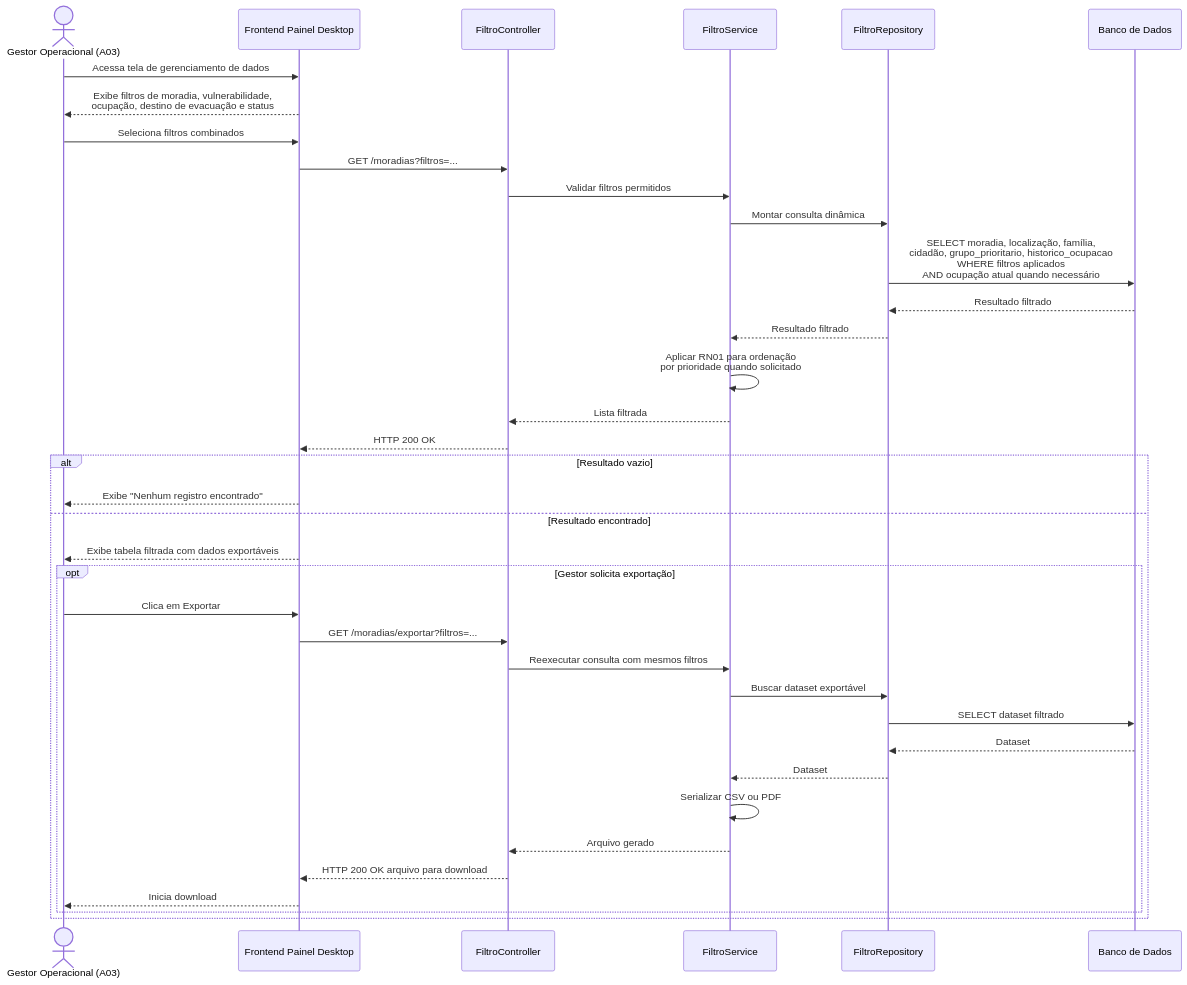
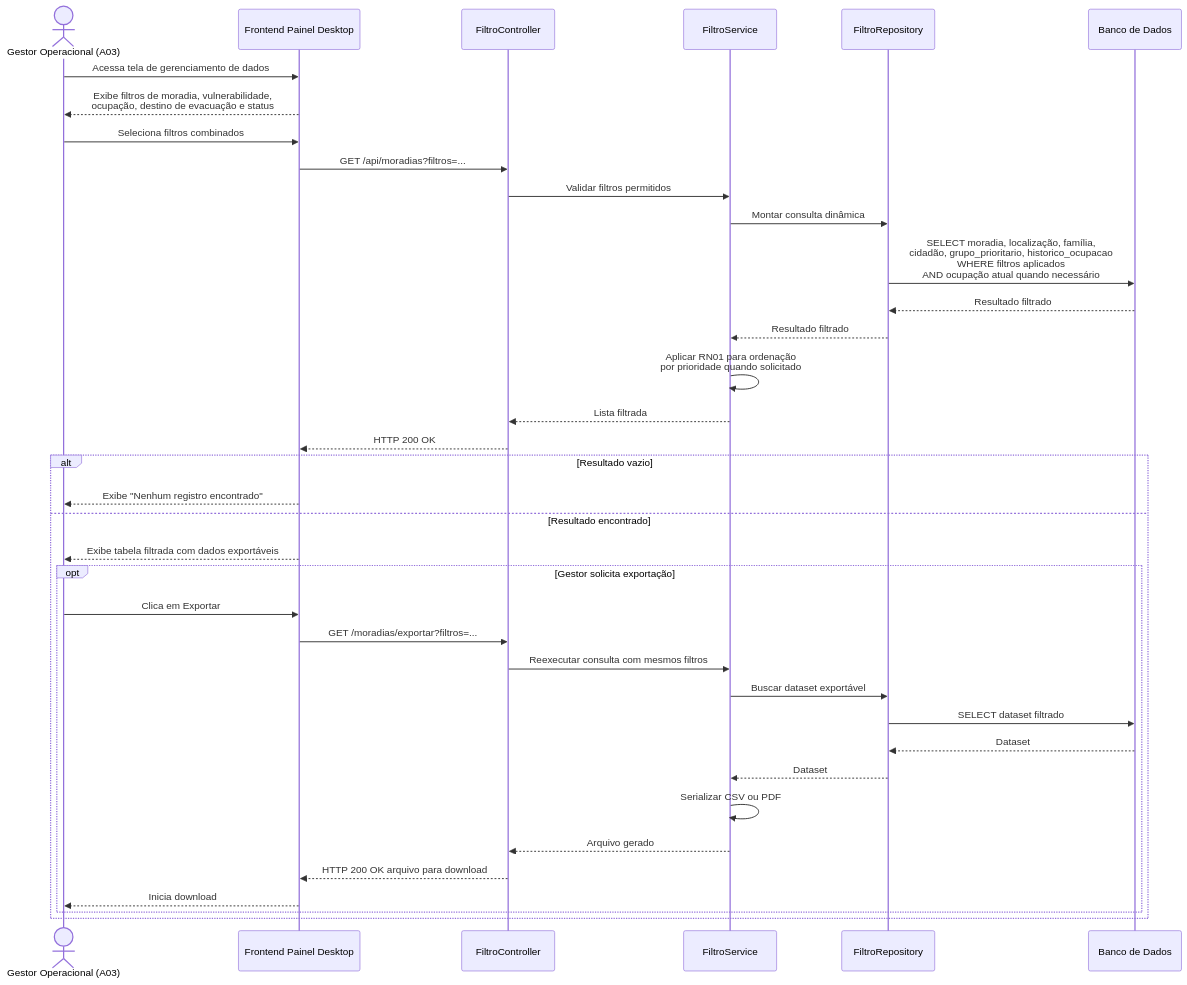
Before and after one commit to davitricarico-wq/g03: the fourth of 12 diagrams in documentos/wad.md, drawn with Mermaid. The commit also changed other lines of this file, not shown here.

Commit message:
doc(diagrama-sequencia-3.2.4): atualização dos diagramas, alterando nomenclaturas de entidades, endpoints implementados. Deixando de acordo com escopo atual. [card#153]

````diff
--- a/documentos/wad.md
+++ b/documentos/wad.md
@@ -760,43 +749,43 @@
 ```mermaid
 sequenceDiagram
     actor Gestor as Gestor Operacional (A03)
     participant Frontend as Frontend Painel Desktop
     participant Controller as FiltroController
     participant Service as FiltroService
     participant Repository as FiltroRepository
     participant DB as Banco de Dados
 
     Gestor->>Frontend: Acessa tela de gerenciamento de dados
     Frontend-->>Gestor: Exibe filtros de moradia, vulnerabilidade,<br/>ocupação, destino de evacuação e status
     Gestor->>Frontend: Seleciona filtros combinados
 
-    Frontend->>Controller: GET /moradias?filtros=...
+    Frontend->>Controller: GET /api/moradias?filtros=...
     Controller->>Service: Validar filtros permitidos
     Service->>Repository: Montar consulta dinâmica
     Repository->>DB: SELECT moradia, localização, família,<br/>cidadão, grupo_prioritario, historico_ocupacao<br/>WHERE filtros aplicados<br/>AND ocupação atual quando necessário
     DB-->>Repository: Resultado filtrado
     Repository-->>Service: Resultado filtrado
     Service->>Service: Aplicar RN01 para ordenação<br/>por prioridade quando solicitado
     Service-->>Controller: Lista filtrada
     Controller-->>Frontend: HTTP 200 OK
 
     alt Resultado vazio
         Frontend-->>Gestor: Exibe "Nenhum registro encontrado"
     else Resultado encontrado
         Frontend-->>Gestor: Exibe tabela filtrada com dados exportáveis
 
         opt Gestor solicita exportação
             Gestor->>Frontend: Clica em Exportar
             Frontend->>Controller: GET /moradias/exportar?filtros=...
             Controller->>Service: Reexecutar consulta com mesmos filtros
             Service->>Repository: Buscar dataset exportável
             Repository->>DB: SELECT dataset filtrado
             DB-->>Repository: Dataset
             Repository-->>Service: Dataset
             Service->>Service: Serializar CSV ou PDF
             Service-->>Controller: Arquivo gerado
             Controller-->>Frontend: HTTP 200 OK arquivo para download
             Frontend-->>Gestor: Inicia download
         end
     end
 ```
````
